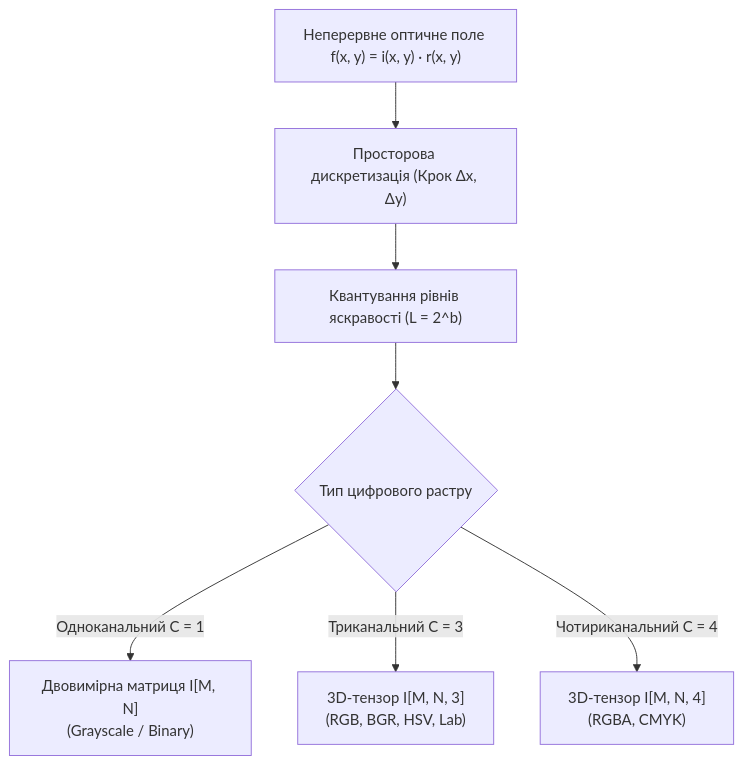
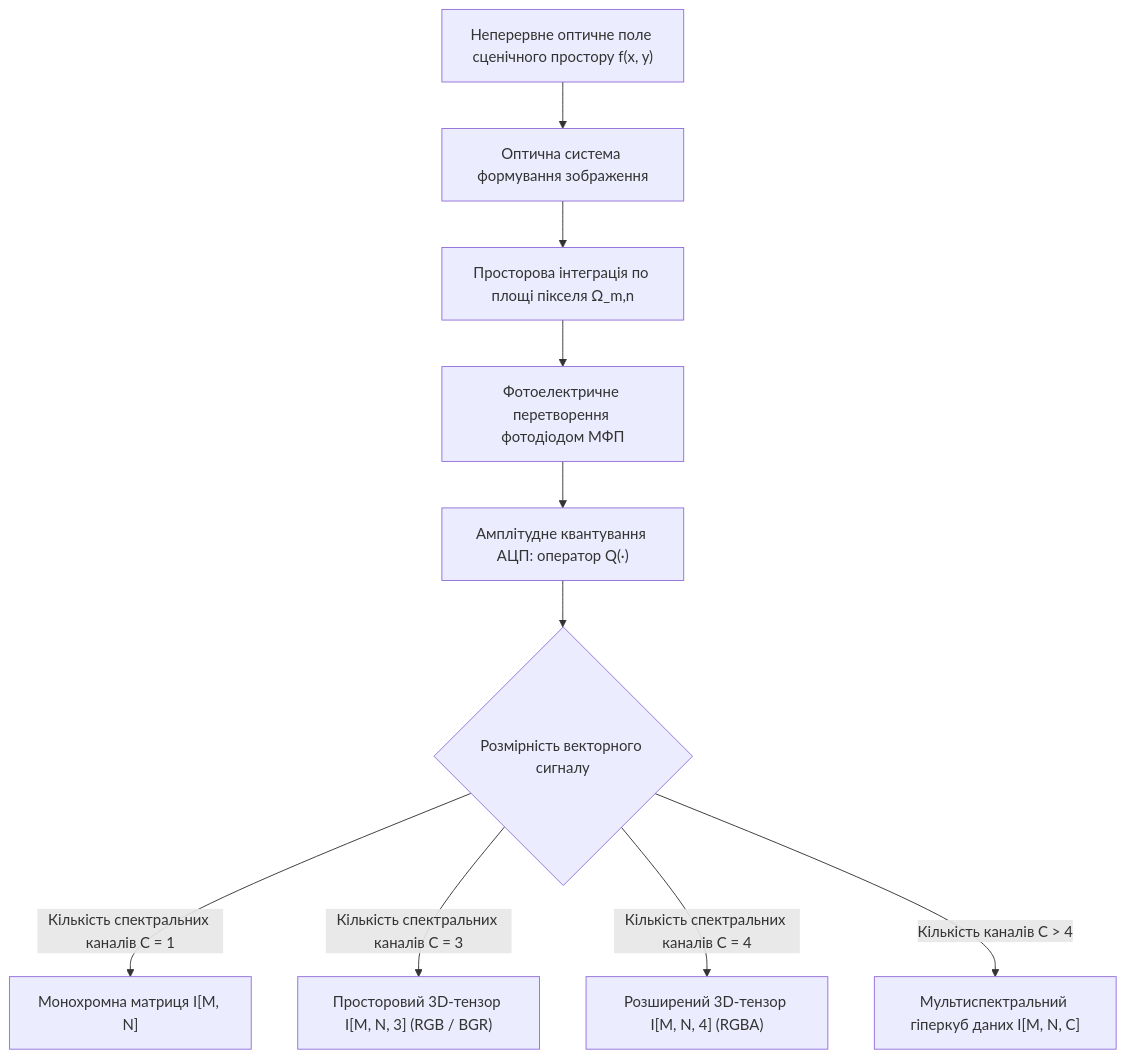
The first of 4 diagrams in docs/lk/lk5.md (KyryloVadurin/signal-image-processing), drawn with Mermaid before and after one commit. The commit also changed other lines of this file, not shown here.

````diff
--- a/docs/lk/lk5.md
+++ b/docs/lk/lk5.md
@@ -32,9 +69,12 @@
 ```mermaid
 flowchart TD
-    A["Неперервне оптичне поле f(x, y) = i(x, y) · r(x, y)"] --> B["Просторова дискретизація (Крок Δx, Δy)"]
-    B --> C["Квантування рівнів яскравості (L = 2^b)"]
-    C --> D{"Тип цифрового растру"}
-    D -->|Одноканальний C = 1| E["Двовимірна матриця I[M, N]<br>(Grayscale / Binary)"]
-    D -->|Триканальний C = 3| F["3D-тензор I[M, N, 3]<br>(RGB, BGR, HSV, Lab)"]
-    D -->|Чотириканальний C = 4| G["3D-тензор I[M, N, 4]<br>(RGBA, CMYK)"]
+    A["Неперервне оптичне поле сценічного простору f(x, y)"] --> B["Оптична система формування зображення"]
+    B --> C["Просторова інтеграція по площі пікселя Ω_m,n"]
+    C --> D["Фотоелектричне перетворення фотодіодом МФП"]
+    D --> E["Амплітудне квантування АЦП: оператор Q(·)"]
+    E --> F{"Розмірність векторного сигналу"}
+    F -->|Кількість спектральних каналів C = 1| G["Монохромна матриця I[M, N]"]
+    F -->|Кількість спектральних каналів C = 3| H["Просторовий 3D-тензор I[M, N, 3] (RGB / BGR)"]
+    F -->|Кількість спектральних каналів C = 4| I["Розширений 3D-тензор I[M, N, 4] (RGBA)"]
+    F -->|Кількість каналів C > 4| J["Мультиспектральний гіперкуб даних I[M, N, C]"]
 ```
````
